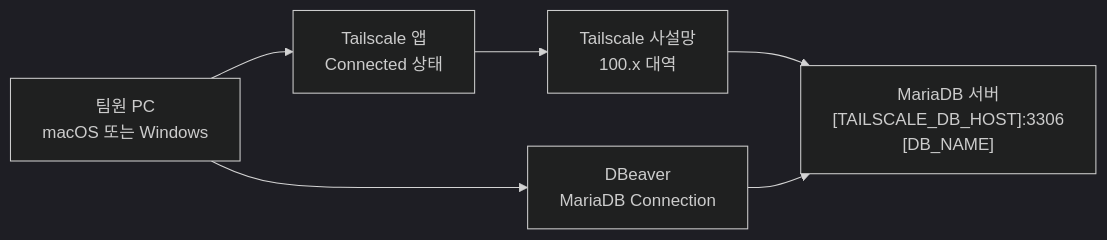
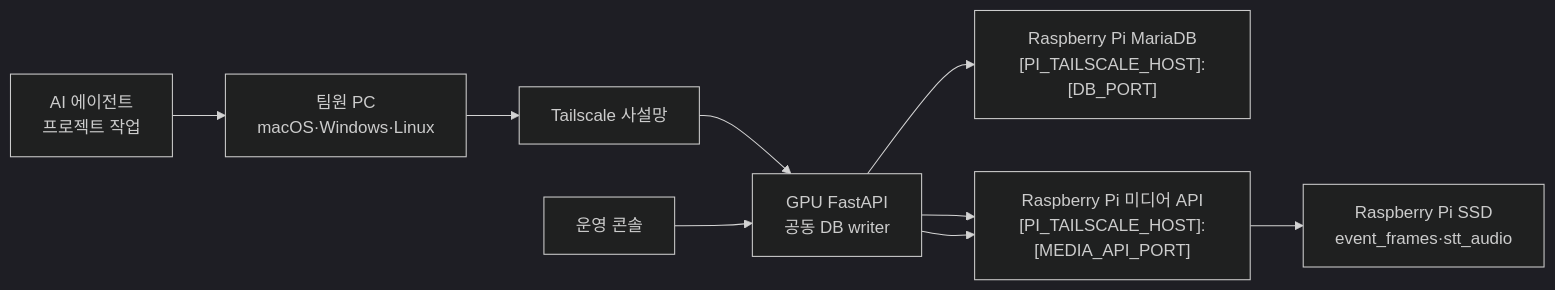
One commit to Groog-sudo/Minchodan changed the diagram in docs/db_tailscale_guide/README.md. Above: the diagram before and after it, drawn with Mermaid (dark theme). The commit also changed other lines of this file and 4 other files, not shown here.

Commit message:
docs: MariaDB·미디어 API 가이드 공개·내부 분리

````diff
--- a/docs/db_tailscale_guide/README.md
+++ b/docs/db_tailscale_guide/README.md
@@ -29,14 +57,20 @@
 ```mermaid
 flowchart LR
-    Dev["팀원 PC<br/>macOS 또는 Windows"]
-    Tailscale["Tailscale 앱<br/>Connected 상태"]
-    Tailnet["Tailscale 사설망<br/>100.x 대역"]
-    MariaDB["MariaDB 서버<br/>[TAILSCALE_DB_HOST]:3306<br/>[DB_NAME]"]
-    DBeaver["DBeaver<br/>MariaDB Connection"]
+    Developer["팀원 PC<br/>macOS·Windows·Linux"]
+    Agent["AI 에이전트<br/>프로젝트 작업"]
+    Tailnet["Tailscale 사설망"]
+    FastAPI["GPU FastAPI<br/>공동 DB writer"]
+    DB["Raspberry Pi MariaDB<br/>[PI_TAILSCALE_HOST]:[DB_PORT]"]
+    MediaAPI["Raspberry Pi 미디어 API<br/>[PI_TAILSCALE_HOST]:[MEDIA_API_PORT]"]
+    SSD["Raspberry Pi SSD<br/>event_frames·stt_audio"]
+    Console["운영 콘솔"]
 
-    Dev --> Tailscale
-    Tailscale --> Tailnet
-    Tailnet --> MariaDB
-    Dev --> DBeaver
-    DBeaver --> MariaDB
+    Developer --> Tailnet
+    Agent --> Developer
+    Tailnet --> FastAPI
+    FastAPI --> DB
+    FastAPI --> MediaAPI
+    MediaAPI --> SSD
+    Console --> FastAPI
+    FastAPI --> MediaAPI
 ```
````
